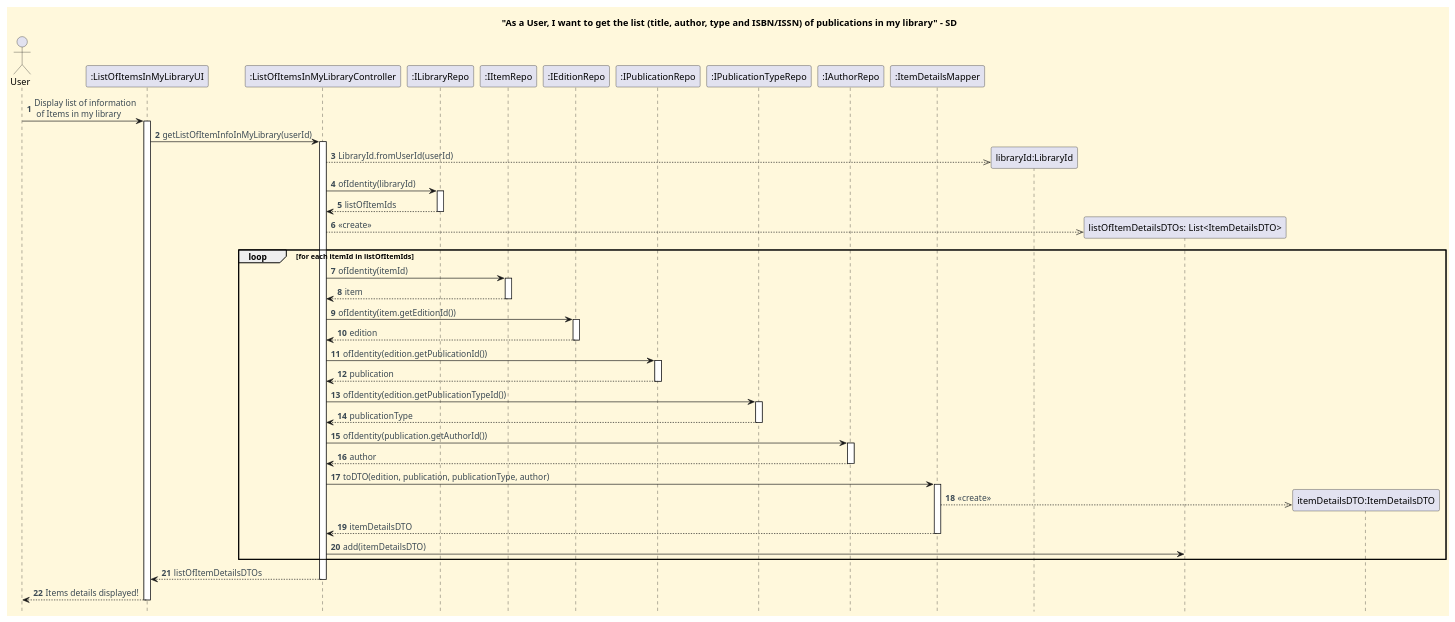
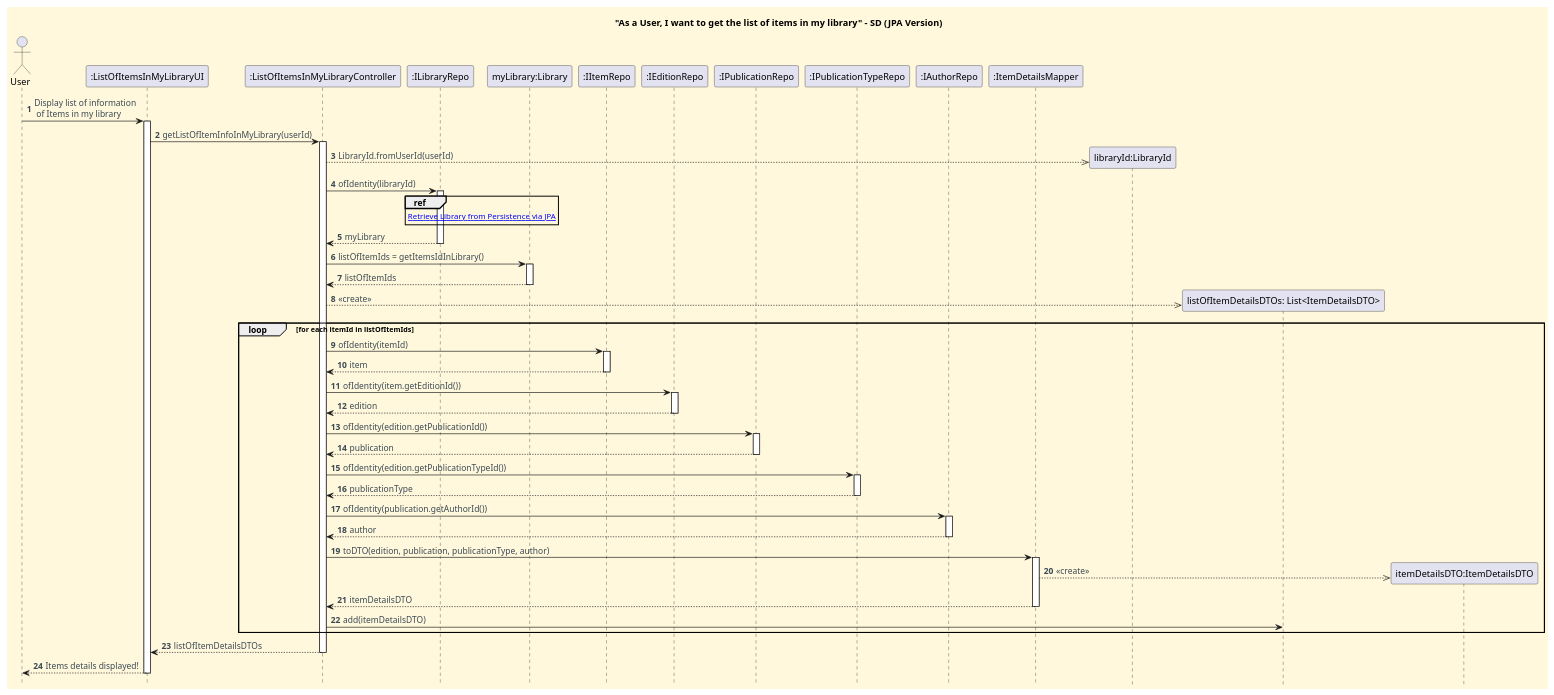
The diagram in docs/functionalities/user/get-list-of-items-in-my-library/Get_List_Of_Items_In_My_Library_SD.puml (CarolinaLeite-collab/JavaMarketplacePlatform), drawn with PlantUML before and after one commit. The commit also changed 1 other file, not shown here.

Commit message:
task: Updated GetListOfItemsInMyLibrary SD and CD, #639

```diff
--- a/docs/functionalities/user/get-list-of-items-in-my-library/Get_List_Of_Items_In_My_Library_SD.puml
+++ b/docs/functionalities/user/get-list-of-items-in-my-library/Get_List_Of_Items_In_My_Library_SD.puml
@@ -1,100 +1,100 @@
 @startuml
 '==== basic style ====
-
-'hides unwanted text
 hide stereotype
-
 skinparam monochrome false
 skinparam shadowing false
 skinparam defaultFontName Futura
 skinparam objectFontSize 20
 skinparam backgroundColor CornSilk
 skinparam objectBackgroundColor WhiteSmoke
 skinparam noteBackgroundColor #FFFFE0
 skinparam ArrowFontColor #3B4953
 skinparam ActivationBackgroundColor black
 hidefootbox
 
-'undefined objects
-skinparam object {
-  BackgroundColor<<highlight>> 91C6BCAA
-  BorderColor<<highlight>> 4B9DA9AA
-  FontColor<<highlight>> 547792AA
-}
-skinparam shadowing<<highlight>> false
-
 autonumber
 
-title "As a User, I want to get the list (title, author, type and ISBN/ISSN) of publications in my library" - SD
+title "As a User, I want to get the list of items in my library" - SD (JPA Version)
 
-
-' --- Actor and participants ---'
+' --- Actor and participants ---
 
 actor User
 participant ":ListOfItemsInMyLibraryUI" as UI
 participant ":ListOfItemsInMyLibraryController" as Ctl
 participant ":ILibraryRepo" as LibRepo
+participant "myLibrary:Library" as LIB
 participant ":IItemRepo" as ItRepo
 participant ":IEditionRepo" as EdRepo
 participant ":IPublicationRepo" as PubRepo
 participant ":IPublicationTypeRepo" as PTRepo
 participant ":IAuthorRepo" as AutRepo
 participant ":ItemDetailsMapper" as Mapper
 
-
 User -> UI: Display list of information\n of Items in my library
 activate UI
 
 UI -> Ctl: getListOfItemInfoInMyLibrary(userId)
 activate Ctl
+
 create "libraryId:LibraryId"
 Ctl -->> "libraryId:LibraryId": LibraryId.fromUserId(userId)
+
+' JPA Retrieval Reference
 Ctl -> LibRepo : ofIdentity(libraryId)
 activate LibRepo
-LibRepo --> Ctl : listOfItemIds
+ref over LibRepo : [[Retrieve_Library.puml Retrieve Library from Persistence via JPA]]
+LibRepo --> Ctl : myLibrary
 deactivate LibRepo
+
+' Extract IDs from Aggregate
+Ctl -> LIB : listOfItemIds = getItemsIdInLibrary()
+activate LIB
+LIB --> Ctl : listOfItemIds
+deactivate LIB
+
 create "listOfItemDetailsDTOs: List<ItemDetailsDTO>" as listOfDTO
 Ctl -->> listOfDTO: <<create>>
 
 loop for each itemId in listOfItemIds
-Ctl -> ItRepo : ofIdentity(itemId)
-activate ItRepo
-ItRepo --> Ctl : item
-deactivate ItRepo
-Ctl -> EdRepo : ofIdentity(item.getEditionId())
-activate EdRepo
-EdRepo --> Ctl : edition
-deactivate EdRepo
-Ctl -> PubRepo : ofIdentity(edition.getPublicationId())
-activate PubRepo
-PubRepo --> Ctl : publication
-deactivate PubRepo
-Ctl -> PTRepo : ofIdentity(edition.getPublicationTypeId())
-activate PTRepo
-PTRepo --> Ctl : publicationType
-deactivate PTRepo
-Ctl -> AutRepo : ofIdentity(publication.getAuthorId())
-activate AutRepo
-AutRepo --> Ctl : author
-deactivate AutRepo
+    Ctl -> ItRepo : ofIdentity(itemId)
+    activate ItRepo
+    ItRepo --> Ctl : item
+    deactivate ItRepo
 
-Ctl -> Mapper : toDTO(edition, publication, publicationType, author)
-activate Mapper
-create "itemDetailsDTO:ItemDetailsDTO" as DTO
-Mapper -->> DTO : <<create>>
-Mapper --> Ctl : itemDetailsDTO
-deactivate Mapper
+    Ctl -> EdRepo : ofIdentity(item.getEditionId())
+    activate EdRepo
+    EdRepo --> Ctl : edition
+    deactivate EdRepo
 
-Ctl -> listOfDTO : add(itemDetailsDTO)
+    Ctl -> PubRepo : ofIdentity(edition.getPublicationId())
+    activate PubRepo
+    PubRepo --> Ctl : publication
+    deactivate PubRepo
 
+    Ctl -> PTRepo : ofIdentity(edition.getPublicationTypeId())
+    activate PTRepo
+    PTRepo --> Ctl : publicationType
+    deactivate PTRepo
+
+    Ctl -> AutRepo : ofIdentity(publication.getAuthorId())
+    activate AutRepo
+    AutRepo --> Ctl : author
+    deactivate AutRepo
+
+    Ctl -> Mapper : toDTO(edition, publication, publicationType, author)
+    activate Mapper
+    create "itemDetailsDTO:ItemDetailsDTO" as DTO
+    Mapper -->> DTO : <<create>>
+    Mapper --> Ctl : itemDetailsDTO
+    deactivate Mapper
+
+    Ctl -> listOfDTO : add(itemDetailsDTO)
 end
 
 Ctl --> UI: listOfItemDetailsDTOs
 deactivate Ctl
 
 UI --> User: Items details displayed!
 deactivate UI
 
-
-
 @enduml
```
